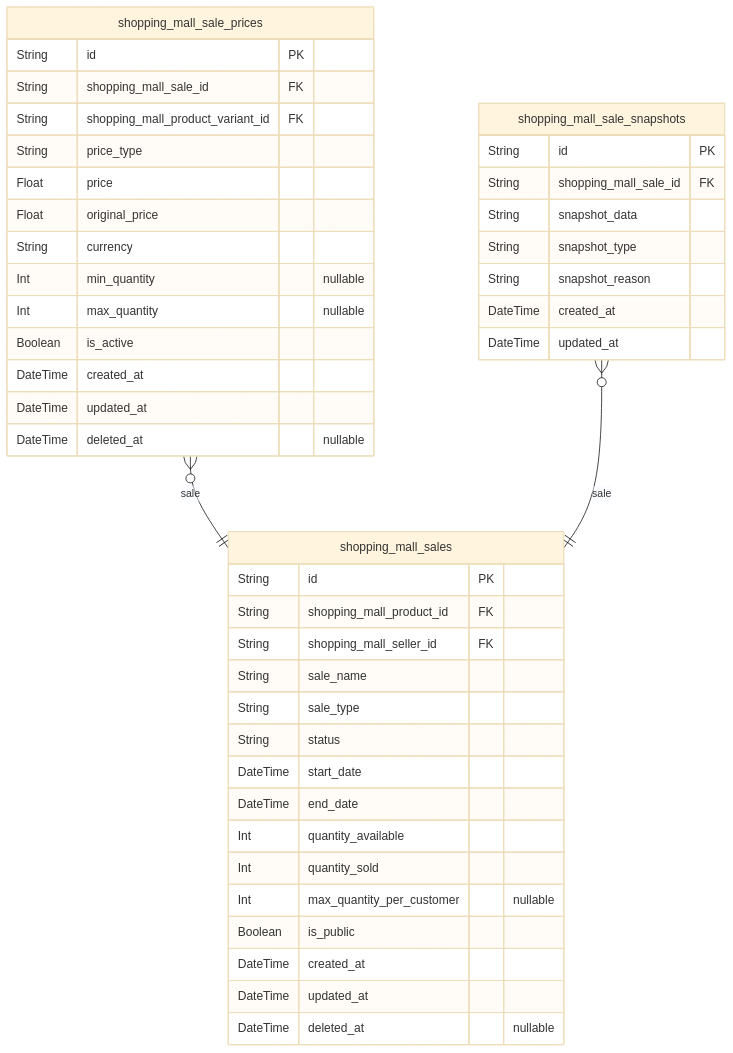
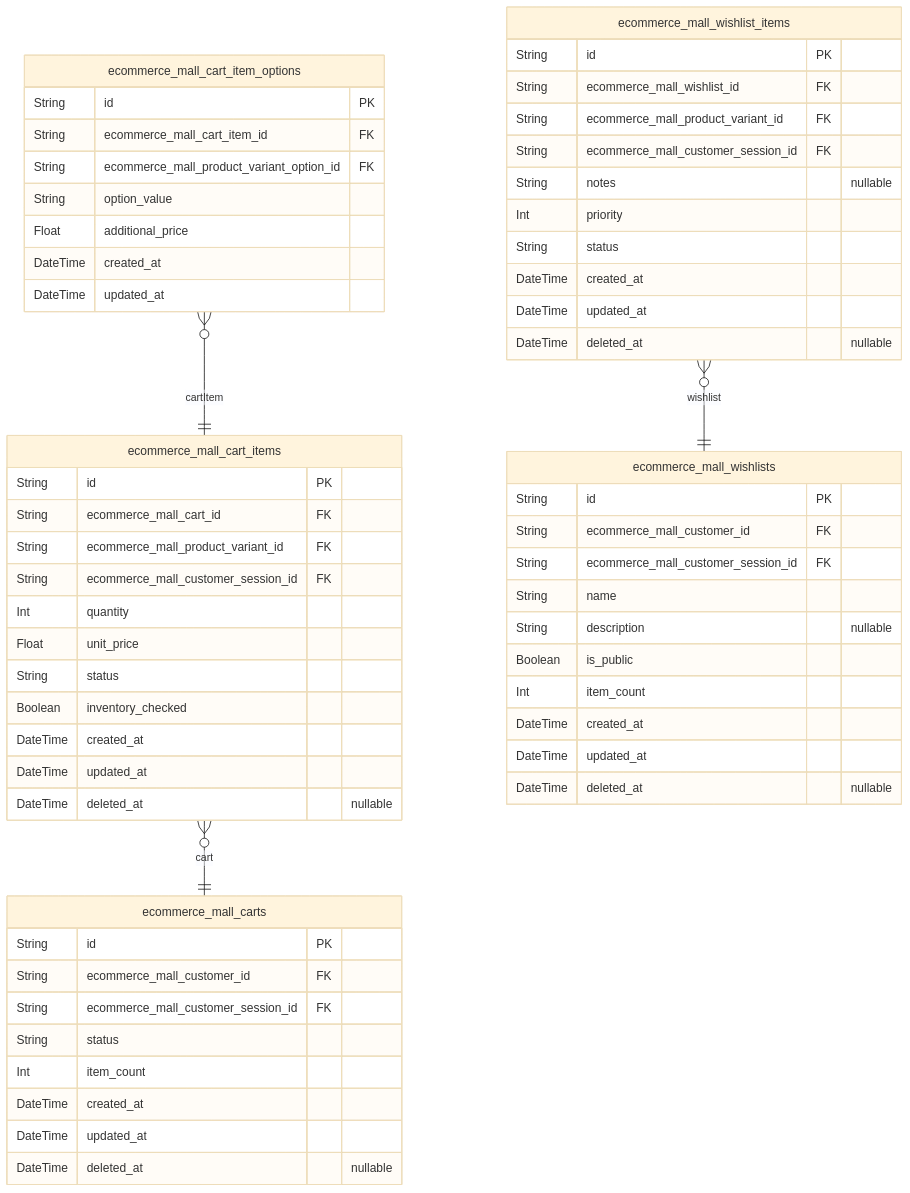
Before and after one commit to wrtnlabs/autobe-examples: the fourth of 10 diagrams in deepseek/deepseek-v3.1-terminus-exacto/shopping/docs/ERD.md, drawn with Mermaid (base theme). The commit also changed other lines of this file and 22498 other files, not shown here.

````diff
--- a/deepseek/deepseek-v3.1-terminus-exacto/shopping/docs/ERD.md
+++ b/deepseek/deepseek-v3.1-terminus-exacto/shopping/docs/ERD.md
@@ -556,46 +939,62 @@
 ```mermaid
 erDiagram
-"shopping_mall_sales" {
+"ecommerce_mall_carts" {
   String id PK
-  String shopping_mall_product_id FK
-  String shopping_mall_seller_id FK
-  String sale_name
-  String sale_type
+  String ecommerce_mall_customer_id FK
+  String ecommerce_mall_customer_session_id FK
   String status
-  DateTime start_date
-  DateTime end_date
-  Int quantity_available
-  Int quantity_sold
-  Int max_quantity_per_customer "nullable"
-  Boolean is_public
+  Int item_count
   DateTime created_at
   DateTime updated_at
   DateTime deleted_at "nullable"
 }
-"shopping_mall_sale_prices" {
+"ecommerce_mall_cart_items" {
   String id PK
-  String shopping_mall_sale_id FK
-  String shopping_mall_product_variant_id FK
-  String price_type
-  Float price
-  Float original_price
-  String currency
-  Int min_quantity "nullable"
-  Int max_quantity "nullable"
-  Boolean is_active
+  String ecommerce_mall_cart_id FK
+  String ecommerce_mall_product_variant_id FK
+  String ecommerce_mall_customer_session_id FK
+  Int quantity
+  Float unit_price
+  String status
+  Boolean inventory_checked
   DateTime created_at
   DateTime updated_at
   DateTime deleted_at "nullable"
 }
-"shopping_mall_sale_snapshots" {
+"ecommerce_mall_cart_item_options" {
   String id PK
-  String shopping_mall_sale_id FK
-  String snapshot_data
-  String snapshot_type
-  String snapshot_reason
+  String ecommerce_mall_cart_item_id FK
+  String ecommerce_mall_product_variant_option_id FK
+  String option_value
+  Float additional_price
   DateTime created_at
   DateTime updated_at
 }
-"shopping_mall_sale_prices" }o--|| "shopping_mall_sales" : sale
-"shopping_mall_sale_snapshots" }o--|| "shopping_mall_sales" : sale
+"ecommerce_mall_wishlists" {
+  String id PK
+  String ecommerce_mall_customer_id FK
+  String ecommerce_mall_customer_session_id FK
+  String name
+  String description "nullable"
+  Boolean is_public
+  Int item_count
+  DateTime created_at
+  DateTime updated_at
+  DateTime deleted_at "nullable"
+}
+"ecommerce_mall_wishlist_items" {
+  String id PK
+  String ecommerce_mall_wishlist_id FK
+  String ecommerce_mall_product_variant_id FK
+  String ecommerce_mall_customer_session_id FK
+  String notes "nullable"
+  Int priority
+  String status
+  DateTime created_at
+  DateTime updated_at
+  DateTime deleted_at "nullable"
+}
+"ecommerce_mall_cart_items" }o--|| "ecommerce_mall_carts" : cart
+"ecommerce_mall_cart_item_options" }o--|| "ecommerce_mall_cart_items" : cartItem
+"ecommerce_mall_wishlist_items" }o--|| "ecommerce_mall_wishlists" : wishlist
 ```
````
